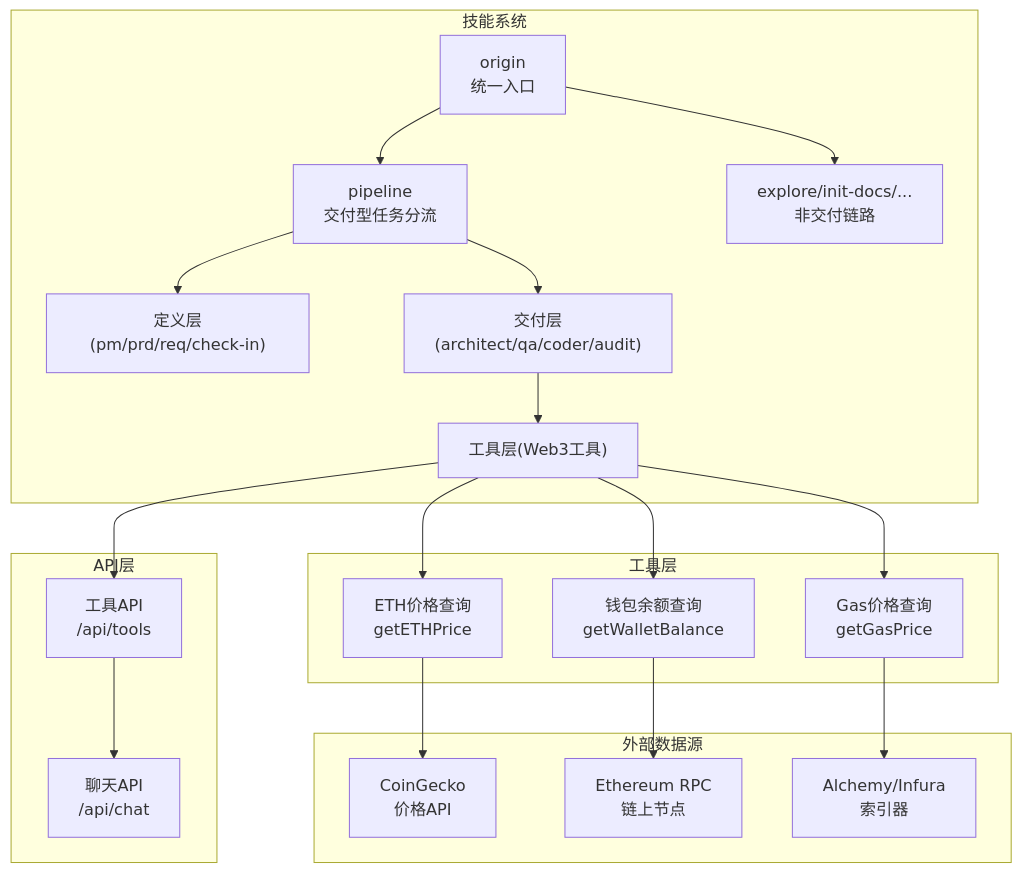
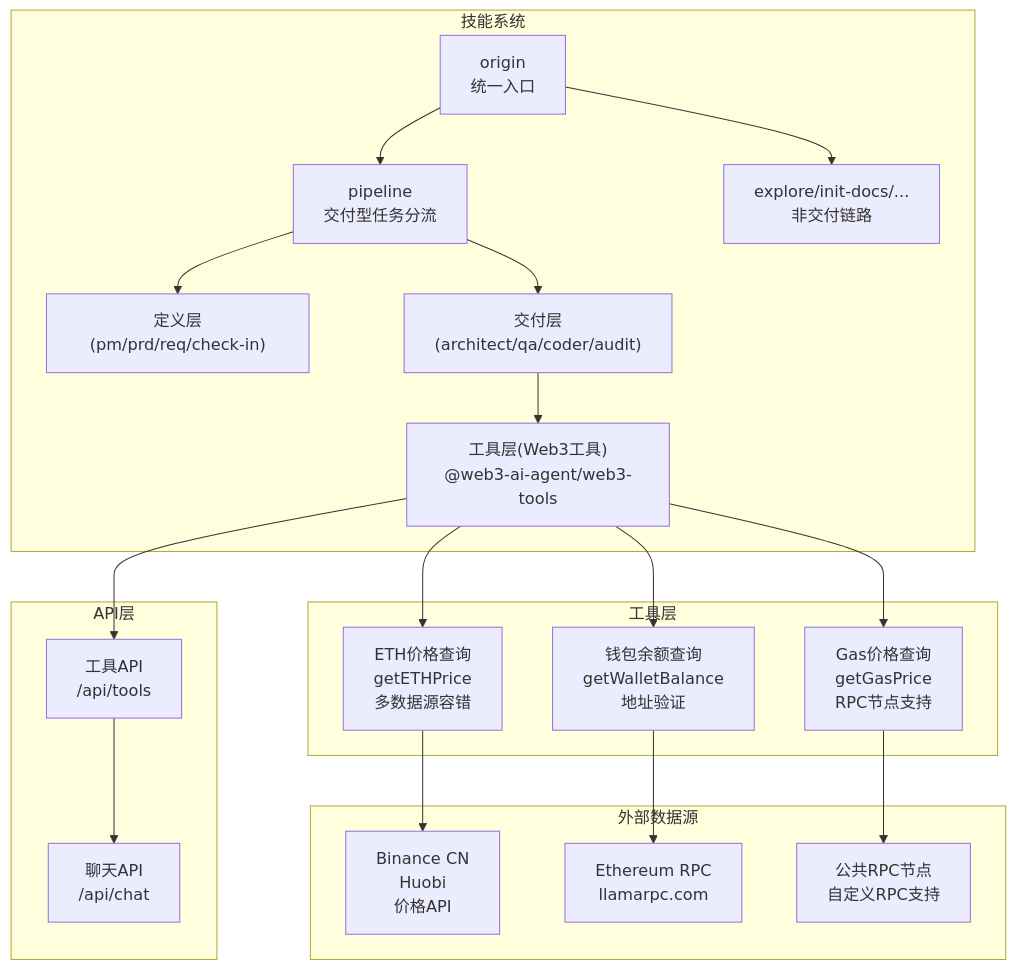
The second of 6 diagrams in .qoder/repowiki/zh/content/Web3工具集成/Web3工具集成.md (CryptoLinxu/Web3-AI-Agent), drawn with Mermaid before and after one commit. The commit also changed other lines of this file and 6 other files, not shown here.

````diff
--- a/.qoder/repowiki/zh/content/Web3工具集成/Web3工具集成.md
+++ b/.qoder/repowiki/zh/content/Web3工具集成/Web3工具集成.md
@@ -85,24 +101,24 @@
 ```mermaid
 graph TB
 subgraph "技能系统"
 O["origin<br/>统一入口"] --> P["pipeline<br/>交付型任务分流"]
 O --> S["explore/init-docs/...<br/>非交付链路"]
 P --> D["定义层(pm/prd/req/check-in)"]
 P --> B["交付层(architect/qa/coder/audit)"]
-B --> T["工具层(Web3工具)"]
+B --> T["工具层(Web3工具)<br/>@web3-ai-agent/web3-tools"]
 end
 subgraph "API层"
 T --> API["工具API<br/>/api/tools"]
 API --> CHAT["聊天API<br/>/api/chat"]
 end
 subgraph "工具层"
-T --> W1["ETH价格查询<br/>getETHPrice"]
-T --> W2["钱包余额查询<br/>getWalletBalance"]
-T --> W3["Gas价格查询<br/>getGasPrice"]
+T --> W1["ETH价格查询<br/>getETHPrice<br/>多数据源容错"]
+T --> W2["钱包余额查询<br/>getWalletBalance<br/>地址验证"]
+T --> W3["Gas价格查询<br/>getGasPrice<br/>RPC节点支持"]
 end
 subgraph "外部数据源"
-W1 --> EX1["CoinGecko<br/>价格API"]
-W2 --> EX2["Ethereum RPC<br/>链上节点"]
-W3 --> EX3["Alchemy/Infura<br/>索引器"]
+W1 --> EX1["Binance CN<br/>Huobi<br/>价格API"]
+W2 --> EX2["Ethereum RPC<br/>llamarpc.com"]
+W3 --> EX3["公共RPC节点<br/>自定义RPC支持"]
 end
 ```
````
